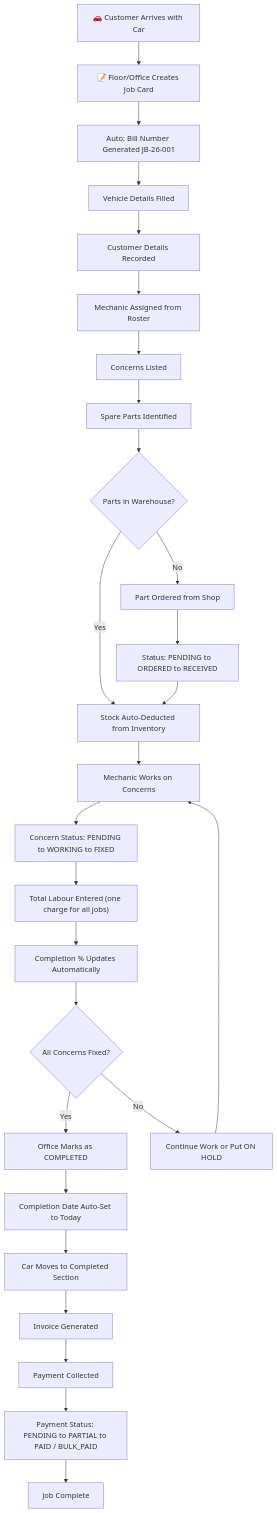
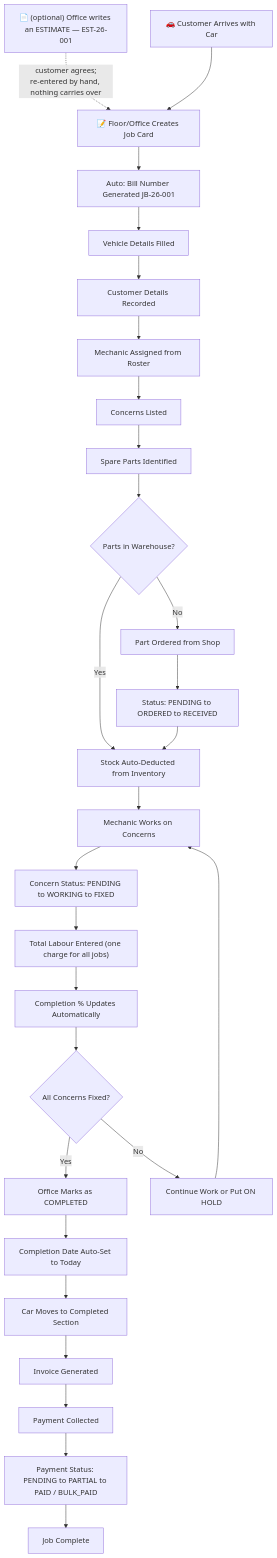
The first of 2 diagrams in OPERATIONAL_BLUEPRINT.md (Irshaduu/WorkshopOS), drawn with Mermaid before and after one commit. The commit also changed other lines of this file and 24 other files, not shown here.

````diff
--- a/OPERATIONAL_BLUEPRINT.md
+++ b/OPERATIONAL_BLUEPRINT.md
@@ -14,33 +14,34 @@
 ```mermaid
 graph TD
+    Q0["📄 (optional) Office writes an ESTIMATE — EST-26-001"] -.->|"customer agrees;<br/>re-entered by hand, nothing carries over"| B
     A["🚗 Customer Arrives with Car"] --> B["📝 Floor/Office Creates Job Card"]
     B --> C["Auto: Bill Number Generated JB-26-001"]
     C --> D["Vehicle Details Filled"]
     D --> E["Customer Details Recorded"]
     E --> F["Mechanic Assigned from Roster"]
     F --> G["Concerns Listed"]
     G --> H["Spare Parts Identified"]
 
     H --> I{"Parts in Warehouse?"}
     I -->|"Yes"| J["Stock Auto-Deducted from Inventory"]
     I -->|"No"| K["Part Ordered from Shop"]
     K --> L["Status: PENDING to ORDERED to RECEIVED"]
     L --> J
 
     J --> M["Mechanic Works on Concerns"]
     M --> N["Concern Status: PENDING to WORKING to FIXED"]
     N --> O["Total Labour Entered (one charge for all jobs)"]
     O --> P["Completion % Updates Automatically"]
 
     P --> Q{"All Concerns Fixed?"}
     Q -->|"Yes"| R["Office Marks as COMPLETED"]
     Q -->|"No"| S["Continue Work or Put ON HOLD"]
     S --> M
 
     R --> T["Completion Date Auto-Set to Today"]
     T --> U["Car Moves to Completed Section"]
     U --> V["Invoice Generated"]
     V --> W["Payment Collected"]
     W --> X["Payment Status: PENDING to PARTIAL to PAID / BULK_PAID"]
     X --> Y["Job Complete"]
 ```
````
